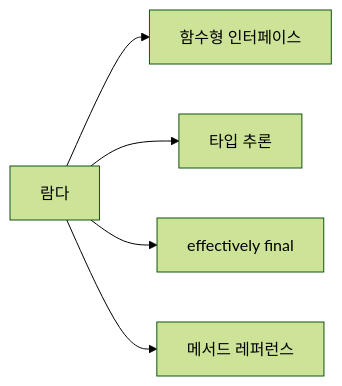
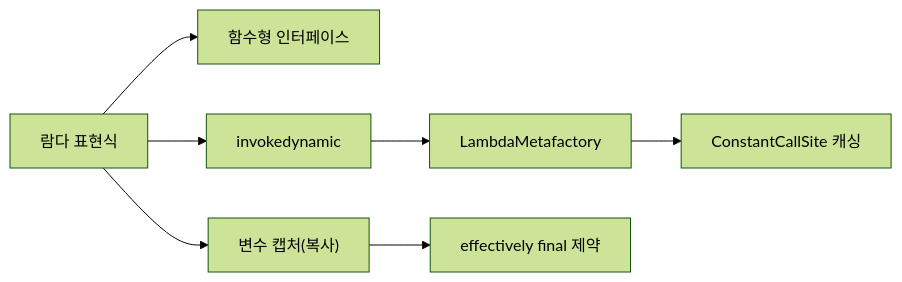
One commit to yjkim2015/yjkim2015.github.io changed the fourth of 4 diagrams in _posts/java/2026-05-01-java-lambda.md. Above: the diagram before and after it, drawn with Mermaid (forest theme). The commit also changed other lines of this file and 4 other files, not shown here.

````diff
--- a/_posts/java/2026-05-01-java-lambda.md
+++ b/_posts/java/2026-05-01-java-lambda.md
@@ -793,7 +1396,9 @@
 ```mermaid
 graph LR
-    A["람다"] --> B["함수형 인터페이스"]
-    A --> C["타입 추론"]
-    A --> D["effectively final"]
-    A --> E["메서드 레퍼런스"]
+    LAMBDA["람다 표현식"] --> FI["함수형 인터페이스"]
+    LAMBDA --> INDY["invokedynamic"]
+    INDY --> LMF["LambdaMetafactory"]
+    LMF --> CS["ConstantCallSite 캐싱"]
+    LAMBDA --> CAP["변수 캡처(복사)"]
+    CAP --> EF["effectively final 제약"]
 ```
````
